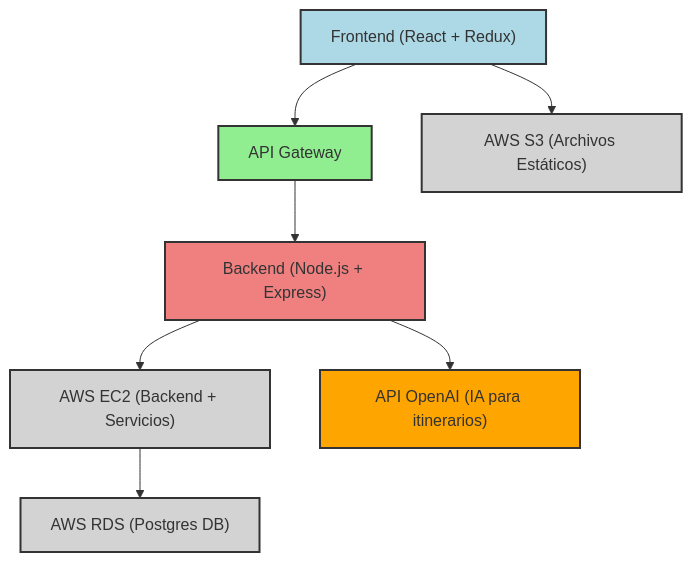
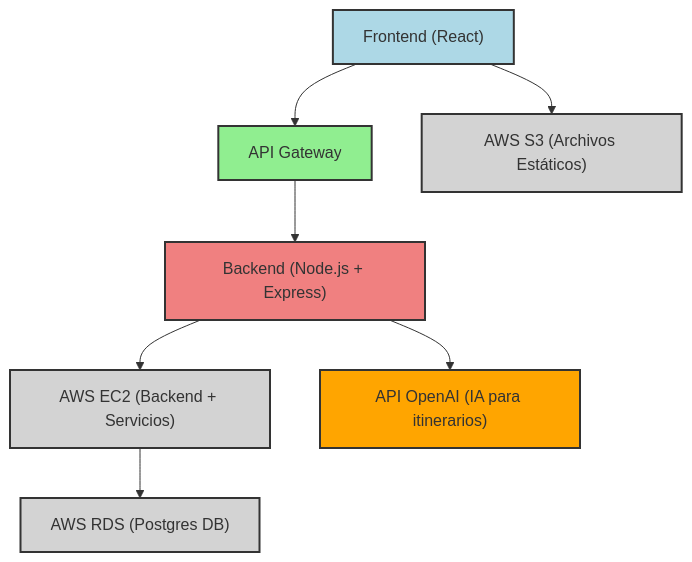
The first of 3 diagrams in readme.md (LIDR-academy/AI4Devs-finalproject), drawn with Mermaid before and after one commit. The commit also changed other lines of this file and 19 other files, not shown here.

````diff
--- a/readme.md
+++ b/readme.md
@@ -138,23 +133,23 @@
 ```mermaid
 graph TD
-    FE["Frontend (React + Redux)"] --> GW["API Gateway"]
+    FE["Frontend (React)"] --> GW["API Gateway"]
     GW --> BE["Backend (Node.js + Express)"]
     BE --> EC2["AWS EC2 (Backend + Servicios)"]
     BE --> OpenAI["API OpenAI (IA para itinerarios)"]
     EC2 --> RDS["AWS RDS (Postgres DB)"]
     FE --> S3["AWS S3 (Archivos Estáticos)"]
 
     class FE frontend;
     class GW gateway;
     class BE backend;
     class EC2 aws;
     class RDS aws;
     class S3 aws;
     class OpenAI services;
 
     classDef frontend fill:#ADD8E6,stroke:#333,stroke-width:2px;
     classDef gateway fill:#90EE90,stroke:#333,stroke-width:2px;
     classDef backend fill:#F08080,stroke:#333,stroke-width:2px;
     classDef aws fill:#D3D3D3,stroke:#333,stroke-width:2px;
     classDef services fill:#FFA500,stroke:#333,stroke-width:2px;
 ```
````
